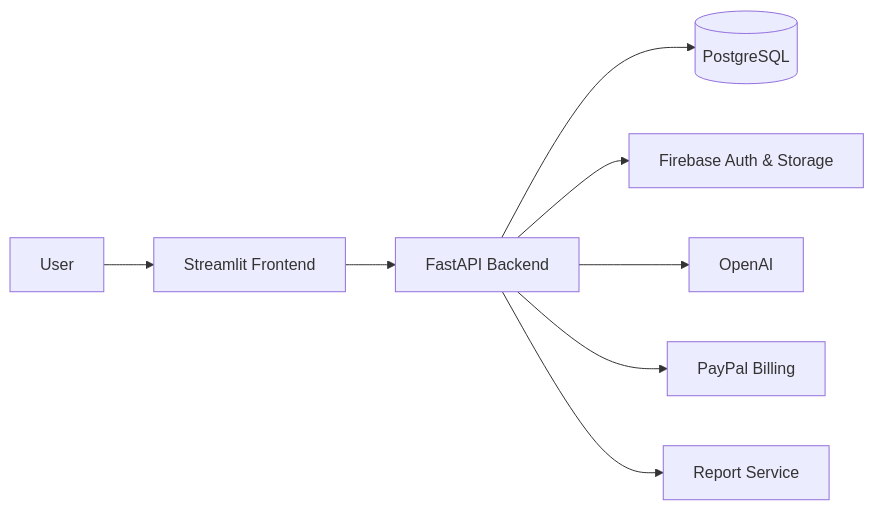
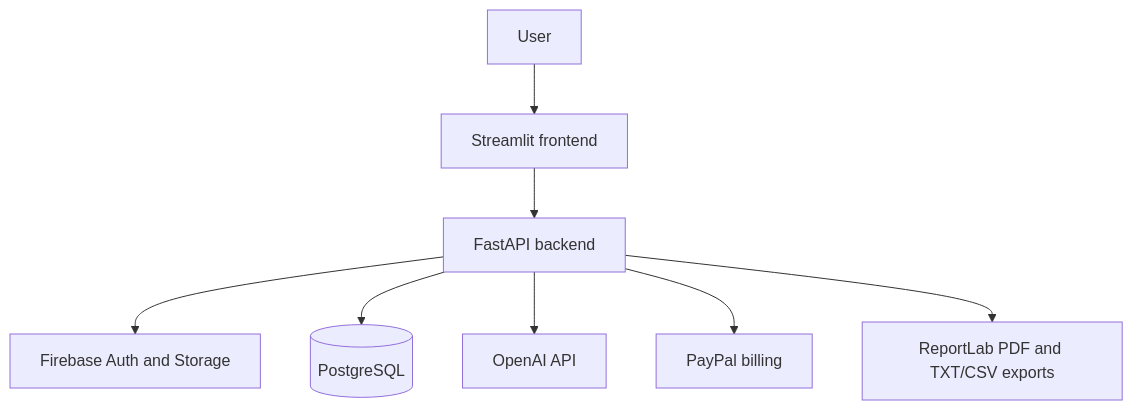
One commit to dejanjovic1283-ui/talentmatch-pro changed the first of 3 diagrams in docs/architecture/architecture.md. Above: the diagram before and after it, drawn with Mermaid. The commit also changed other lines of this file and 24 other files, not shown here.

````diff
--- a/docs/architecture/architecture.md
+++ b/docs/architecture/architecture.md
@@ -5,10 +5,10 @@
 ```mermaid
-flowchart LR
-    U[User] --> FE[Streamlit Frontend]
-    FE --> BE[FastAPI Backend]
-    BE --> DB[(PostgreSQL)]
-    BE --> FB[Firebase Auth & Storage]
-    BE --> AI[OpenAI]
-    BE --> PP[PayPal Billing]
-    BE --> R[Report Service]
+flowchart TD
+    U["User"] --> FE["Streamlit frontend"]
+    FE --> API["FastAPI backend"]
+    API --> AUTH["Firebase Auth and Storage"]
+    API --> DB[("PostgreSQL")]
+    API --> AI["OpenAI API"]
+    API --> PAY["PayPal billing"]
+    API --> REP["ReportLab PDF and TXT/CSV exports"]
 ```
````
